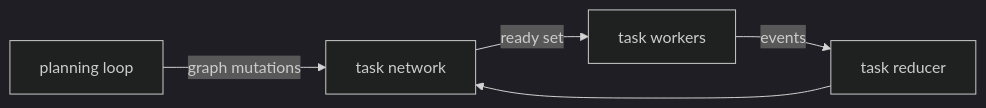
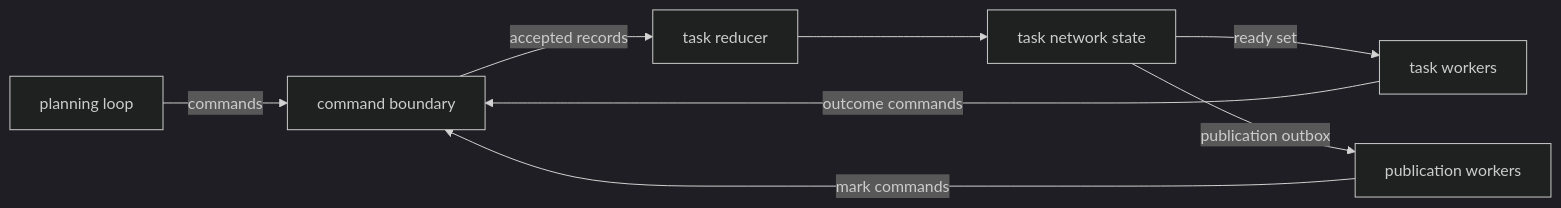
The diagram in design/cognitive_architecture/execution/task_network.md (JerkyTreats/meld), drawn with Mermaid (dark theme) before and after one commit. The commit also changed other lines of this file and 95 other files, not shown here.

First line of the commit message:
feat(execution): add task network store and lowering

````diff
--- a/design/cognitive_architecture/execution/task_network.md
+++ b/design/cognitive_architecture/execution/task_network.md
@@ -52,7 +57,10 @@
 ```mermaid
 flowchart LR
-    TN[task network] -->|ready set| W[task workers]
-    W -->|events| R[task reducer]
-    R --> TN
-    PL[planning loop] -->|graph mutations| TN
+    PL[planning loop] -->|commands| CB[command boundary]
+    W[task workers] -->|outcome commands| CB
+    PUB[publication workers] -->|mark commands| CB
+    CB -->|accepted records| R[task reducer]
+    R --> TN[task network state]
+    TN -->|ready set| W
+    TN -->|publication outbox| PUB
 ```
````
